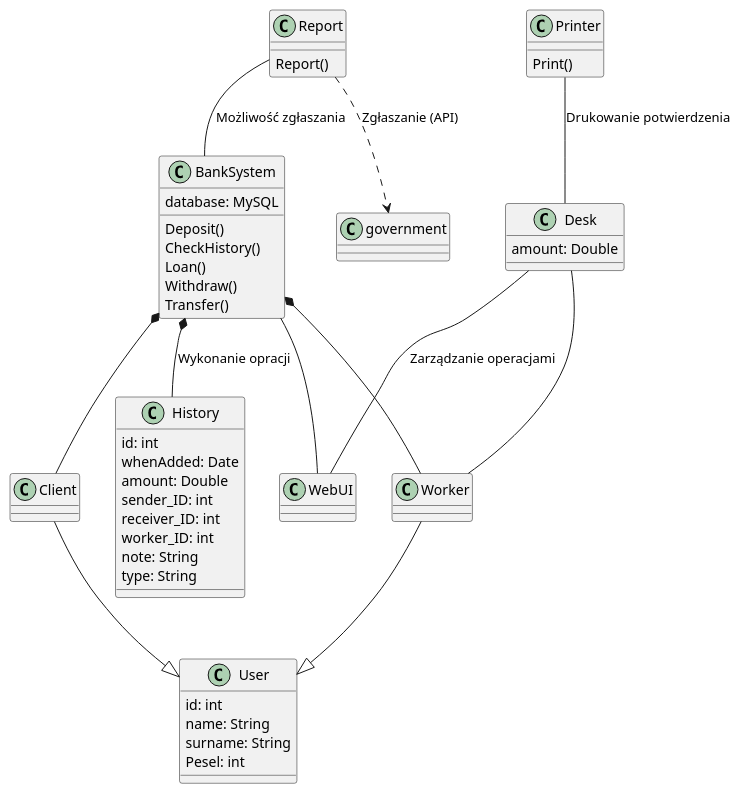
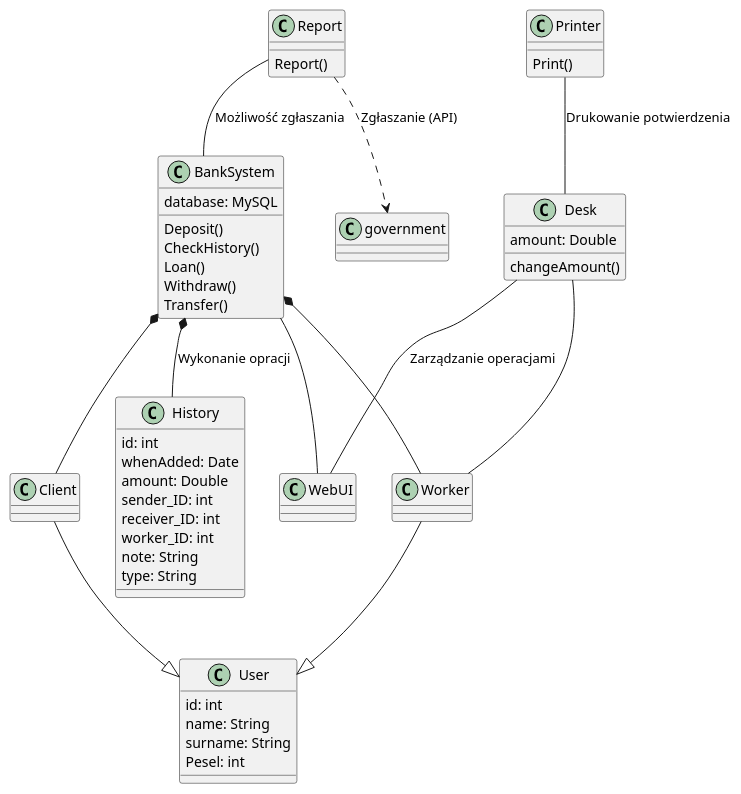
The diagram in class_diagram.plantuml (whoisarjen/Object-Programming-with-React-and-Typescript), drawn with PlantUML before and after one commit.

```diff
--- a/class_diagram.plantuml
+++ b/class_diagram.plantuml
@@ -1,60 +1,61 @@
 @startuml class
 
 Class History {
     id: int
     whenAdded: Date
     amount: Double
     sender_ID: int
     receiver_ID: int
     worker_ID: int
     note: String
     type: String
 }
 
 Class Report {
     Report()
 }
     Report -- BankSystem : Możliwość zgłaszania
     Report ..> government : Zgłaszanie (API)
 
 Class BankSystem {
     database: MySQL
     Deposit()
     CheckHistory()
     Loan()
     Withdraw()
     Transfer()
 }
     BankSystem *-- Worker
     BankSystem *-- Client
     ' BankSystem ..> History : Wykonanie opracji
     BankSystem *-- History : Wykonanie opracji
     BankSystem -- WebUI
 
 Class Desk {
     amount: Double
+    changeAmount()
 }
     Desk -- WebUI : Zarządzanie operacjami
     Desk -- Worker
 
 Class Printer {
     Print()
 }
     Printer -- Desk : Drukowanie potwierdzenia
 
 
 Class Worker {}
     Worker --|> User
 
 Class Client {}
     Client --|> User
 
 Class User {
     id: int
     name: String
     surname: String
     Pesel: int
 }
 
 
 @enduml
```
